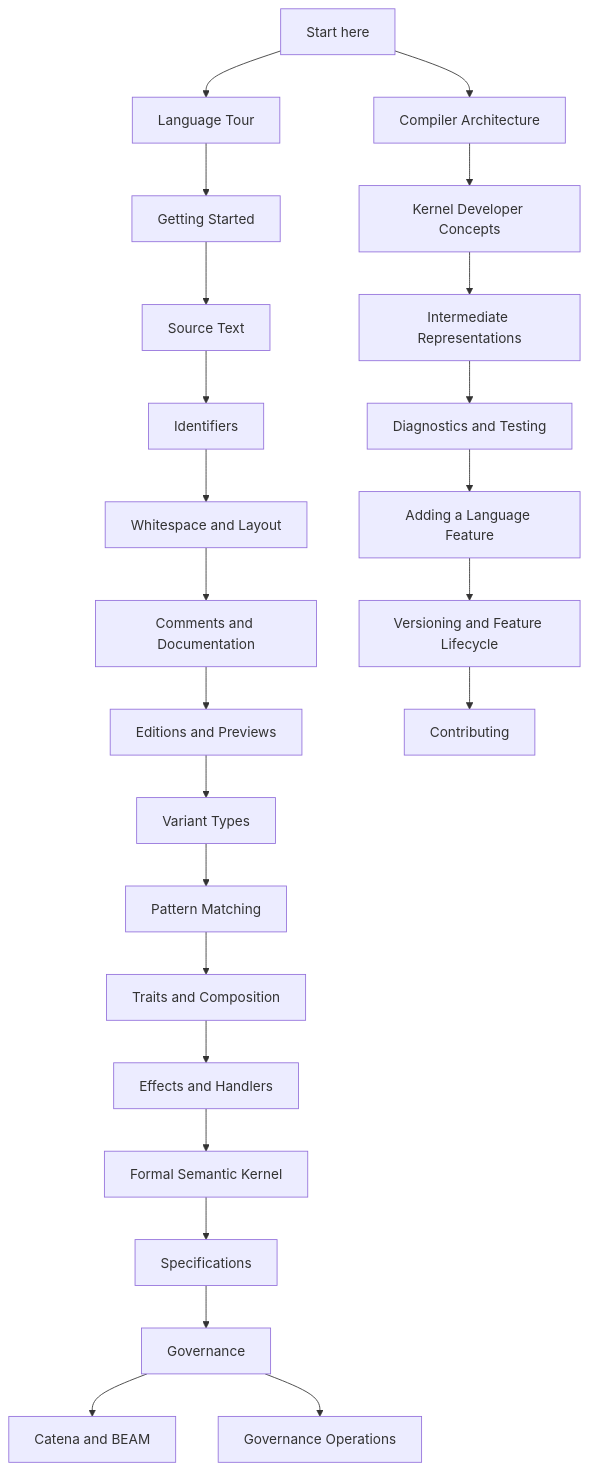
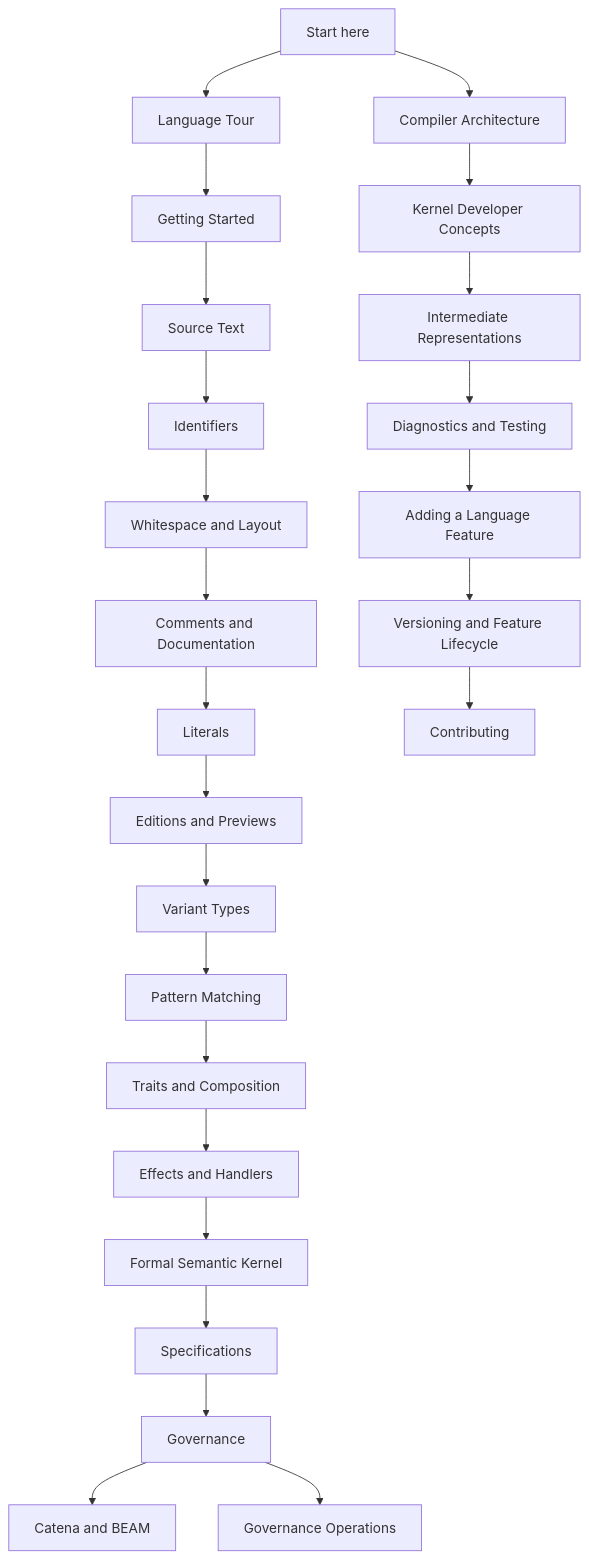
One commit to pcharbon70/catena changed the diagram in guides/README.md. Above: the diagram before and after it, drawn with Mermaid. The commit also changed other lines of this file and 25 other files, not shown here.

````diff
--- a/guides/README.md
+++ b/guides/README.md
@@ -25,28 +25,29 @@
 ```mermaid
 flowchart TD
     Start[Start here] --> Tour[Language Tour]
     Tour --> First[Getting Started]
     First --> Text[Source Text]
     Text --> Names[Identifiers]
     Names --> Layout[Whitespace and Layout]
     Layout --> Comments[Comments and Documentation]
-    Comments --> Editions[Editions and Previews]
+    Comments --> Literals[Literals]
+    Literals --> Editions[Editions and Previews]
     Editions --> Data[Variant Types]
     Data --> Match[Pattern Matching]
     Match --> Traits[Traits and Composition]
     Traits --> Effects[Effects and Handlers]
     Effects --> Kernel[Formal Semantic Kernel]
     Kernel --> Specs[Specifications]
     Specs --> Gov[Governance]
     Gov --> Beam[Catena and BEAM]
 
     Gov --> Ops[Governance Operations]
 
     Start --> Dev[Compiler Architecture]
     Dev --> Concepts[Kernel Developer Concepts]
     Concepts --> IR[Intermediate Representations]
     IR --> Tests[Diagnostics and Testing]
     Tests --> Feature[Adding a Language Feature]
     Feature --> Lifecycle[Versioning and Feature Lifecycle]
     Lifecycle --> Contrib[Contributing]
 ```
````
